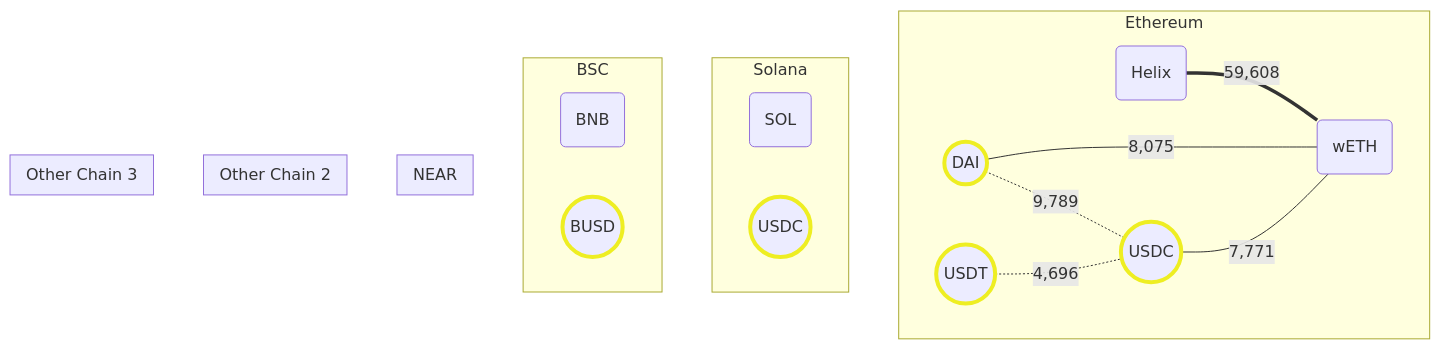
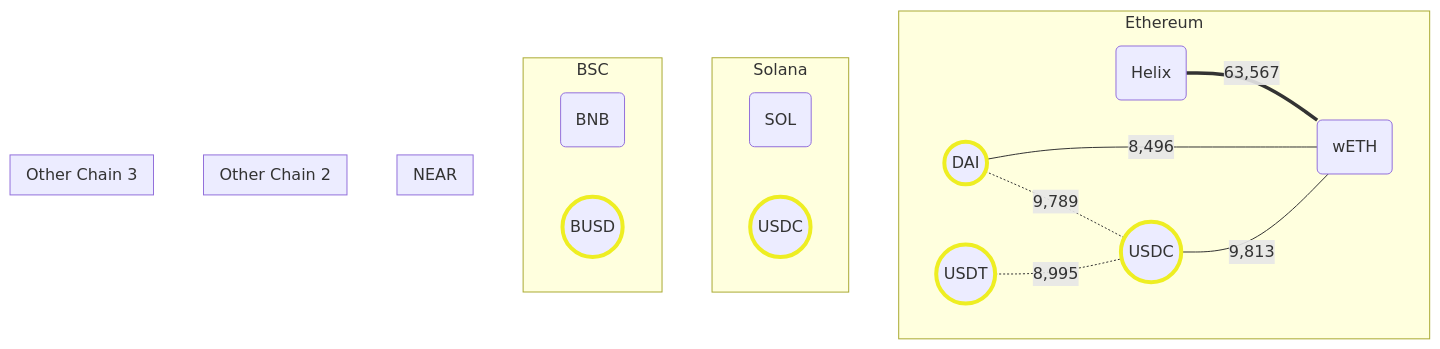
One commit to WaggMe/documentation-examples changed the diagram in helix-finance/liquidity-pools.md. Above: the diagram before and after it, drawn with Mermaid.

````diff
--- a/helix-finance/liquidity-pools.md
+++ b/helix-finance/liquidity-pools.md
@@ -6,36 +6,36 @@
 ```mermaid
 flowchart
     classDef stable fill:#ggg,stroke:#EE2,stroke-width:4px;
 
     subgraph Ethereum
         wETH(wETH)
         Helix(Helix)
         ETH_USDC((USDC)):::stable
         ETH_USDT((USDT)):::stable
         DAI((DAI)):::stable
-        Helix === |59,608   | wETH
+        Helix === |63,567| wETH
         DAI -.- |9,789| ETH_USDC
-        ETH_USDC --- |7,771| wETH
-        DAI --- |8,075| wETH
-        ETH_USDT -.- |4,696| ETH_USDC
+        ETH_USDC --- |9,813| wETH
+        DAI --- |8,496| wETH
+        ETH_USDT -.- |8,995| ETH_USDC
     end
 
     subgraph Solana
         Sol(SOL)
         SOL_USDC((USDC)):::stable
     end
 
     subgraph BSC
         BNB(BNB)
         BUSDC((BUSD)):::stable
     end
 
     subgraph NEAR
     end
 
     subgraph Other Chain 2
     end
 
     subgraph Other Chain 3
     end
 ```
````
